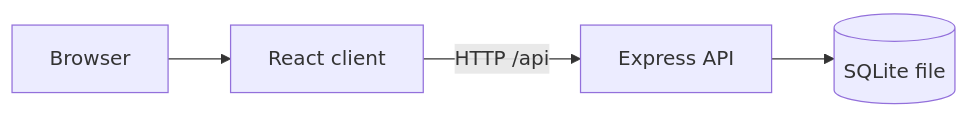
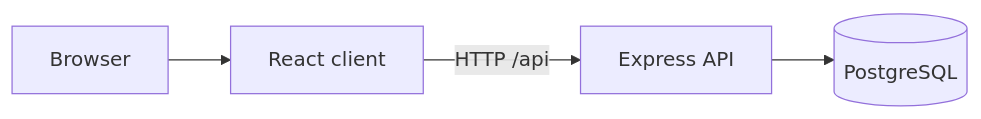
Before and after one commit to nugusamulatu67-ux/abba-jifar-palace: the first of 2 diagrams in docs/SYSTEM_ARCHITECTURE.md, drawn with Mermaid. The commit also changed other lines of this file and 31 other files, not shown here.

Commit message:
Complete Phase 2: PostgreSQL database foundation

````diff
--- a/docs/SYSTEM_ARCHITECTURE.md
+++ b/docs/SYSTEM_ARCHITECTURE.md
@@ -12,11 +12,11 @@
 ```mermaid
 flowchart LR
   browser[Browser]
   client[React client]
   api[Express API]
-  db[(SQLite file)]
+  db[(PostgreSQL)]
 
   browser --> client
   client -->|"HTTP /api"| api
   api --> db
 ```
````
